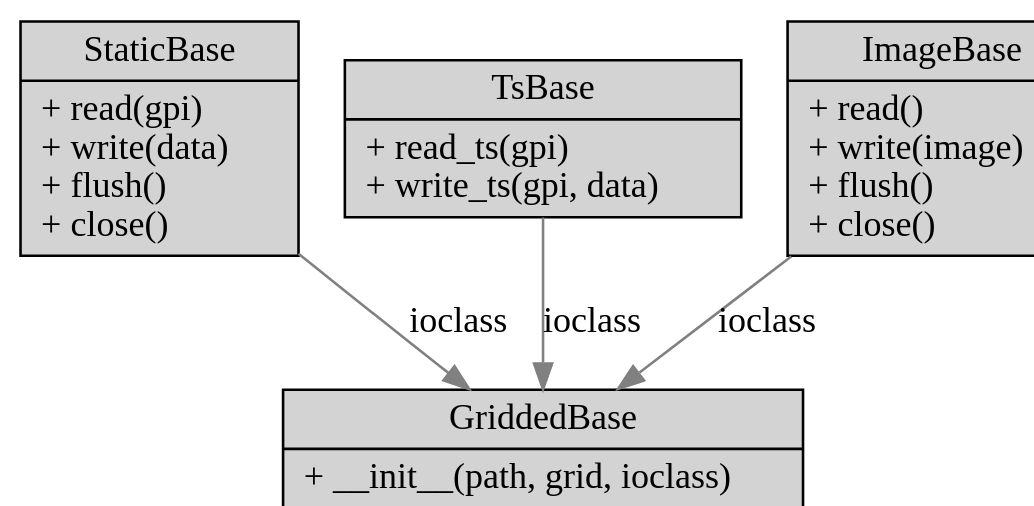
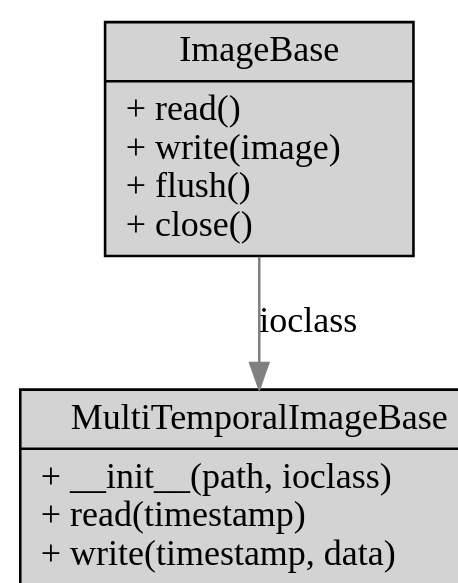
The third of 3 diagrams in docs/graphs/graphs.org (TUW-GEO/pygeobase), drawn with Graphviz before and after one commit. The commit also changed other lines of this file and 5 other files, not shown here.

First line of the commit message:
Split graphs into three parts.

```diff
--- a/docs/graphs/graphs.org
+++ b/docs/graphs/graphs.org
@@ -1,30 +56,21 @@
-#+begin_src dot :file ./overview_ts.svg :cmdline -Kdot -Tsvg :tangle overview_ts.dot
+#+begin_src dot :file ./overview_img.svg :cmdline -Kdot -Tsvg :tangle overview_img.dot
   digraph G {
                   resolution=100
                   rankdir=UD
                   bgcolor=Transparent
                 
                   node [style="filled",fontname="Hack" ,shape=record] //All nodes will this shape and colour
                   edge [color=Gray, fontname="Hack"] //All the lines look like this
                 
-                  StaticBase [
-                  label = "{StaticBase|+ read(gpi) \l + write(data) \l + flush()\l + close()\l}"
-                  ]
-
-                  TsBase [
-                  label = "{TsBase| + read_ts(gpi) \l + write_ts(gpi, data) \l}"
-                  ]
-
                   ImageBase [
                   label = "{ImageBase| + read() \l + write(image) \l + flush()\l + close()\l}"
                   ]
 
-                  GriddedBase [
-                  label = "{GriddedBase| + __init__(path, 
-                                                    grid, ioclass)  \l}"
+                  MultiTemporalImageBase [
+                  label = "{MultiTemporalImageBase| + __init__(path, ioclass)  \l + read(timestamp) \l + write(timestamp, data) \l}"
                   ]
 
-                  {TsBase ImageBase StaticBase}->GriddedBase [label="ioclass \l"]
+                  {ImageBase}->MultiTemporalImageBase [label="ioclass \l"]
 
   }
 #+end_src
```
